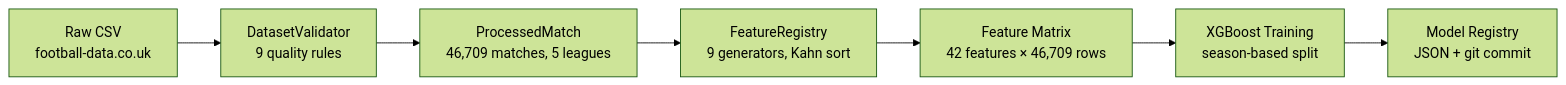
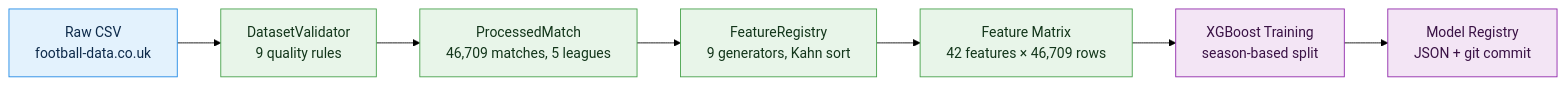
Before and after one commit to SumukhaK/football-intelligence-platform: the second of 6 diagrams in README.md, drawn with Mermaid (forest theme). The commit also changed other lines of this file and 31 other files, not shown here.

First line of the commit message:
docs(docs): bring every readme up to date and colour the diagrams

````diff
--- a/README.md
+++ b/README.md
@@ -117,9 +129,16 @@
 ```mermaid
 flowchart LR
     A[Raw CSV\nfootball-data.co.uk] --> B[DatasetValidator\n9 quality rules]
     B --> C[ProcessedMatch\n46,709 matches, 5 leagues]
     C --> D[FeatureRegistry\n9 generators, Kahn sort]
     D --> E[Feature Matrix\n42 features × 46,709 rows]
     E --> F[XGBoost Training\nseason-based split]
     F --> G[Model Registry\nJSON + git commit]
+
+    classDef source fill:#E3F2FD,stroke:#1E88E5,color:#0D2A4A
+    classDef data fill:#E8F5E9,stroke:#43A047,color:#12351A
+    classDef model fill:#F3E5F5,stroke:#8E24AA,color:#3A1245
+    class A source
+    class B,C,D,E data
+    class F,G model
 ```
````
